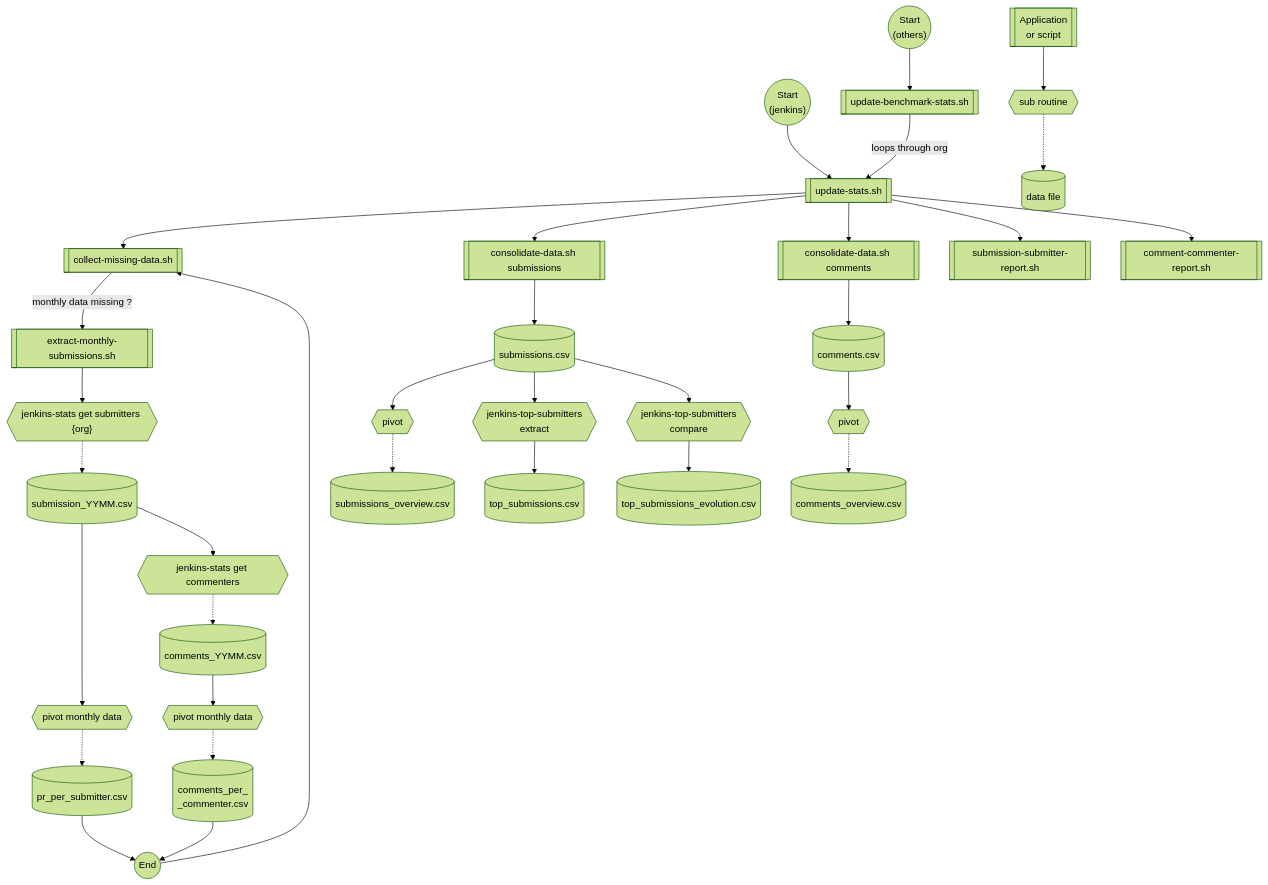
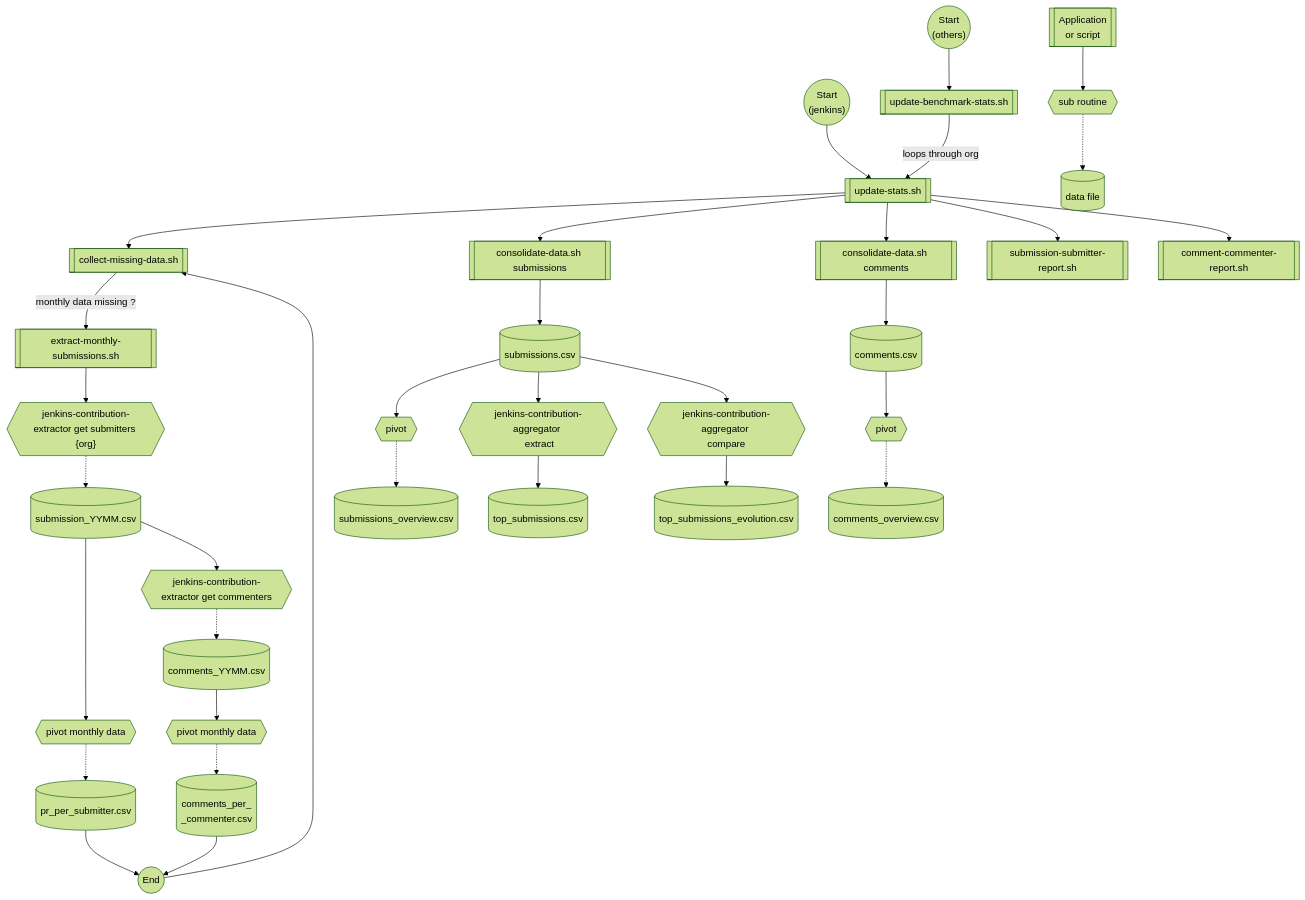
The diagram in README.md (jenkins-infra/jenkins-contribution-stats), drawn with Mermaid (forest theme) before and after one commit. The commit also changed other lines of this file and 11 other files, not shown here.

````diff
--- a/README.md
+++ b/README.md
@@ -66,67 +66,67 @@
 ```mermaid
 flowchart TD
 	start1(("`Start
 	(others)
 	 `"))
 
     start2(("`Start
     (jenkins)
      `"))
 
     extract_end((End))
 
     %% Processes
 
 	A[[update-benchmark-stats.sh]]
 	B[[update-stats.sh]]
     C[[collect-missing-data.sh]]
     D[[consolidate-data.sh submissions]]
     E[[consolidate-data.sh comments]]
     F[[submission-submitter-report.sh]]
     G[[comment-commenter-report.sh]]
     extracData[[extract-monthly-submissions.sh]]
-    get_submitters{{"jenkins-stats get submitters {org}"}}
-    get_commenters{{"jenkins-stats get commenters"}}
-    top_extract{{jenkins-top-submitters </br> extract}}
-    top_compare{{jenkins-top-submitters </br>compare}}
+    get_submitters{{"jenkins-contribution-extractor get submitters {org}"}}
+    get_commenters{{"jenkins-contribution-extractor get commenters"}}
+    top_extract{{jenkins-contribution-aggregator </br> extract}}
+    top_compare{{jenkins-contribution-aggregator </br>compare}}
 
     %% data files
     submission_month[(submission_YYMM.csv)]
     monththlyPivot_submit[(pr_per_submitter.csv)]
     comments_month[(comments_YYMM.csv)]
     monththlyPivot_comment[(comments_per_</br>_commenter.csv)]
     global_submissions[(submissions.csv)]
     global_submissionsOverview[(submissions_overview.csv)]
     top_submission[(top_submissions.csv)]
     top_submission_evol[(top_submissions_evolution.csv)]
 
     global_comments[(comments.csv)]
     global_commentsOverview[(comments_overview.csv)]
 
     %% legend
     legend_app[[Application </br>or script]]
     legend_sub{{sub routine}}
     legend_data[(data file)]
     legend_app --> legend_sub -.-> legend_data
 
     %% pivot processes
     monthlypivot_subm{{pivot monthly data}}
     monthlypivot_comment{{pivot monthly data}}
     subm_overview_pivot{{pivot}}
     comment_overview_pivot{{pivot}}
 
     
     %% flow
 	start1 --> A -- loops through org --> B
 	start2 --> B
     B --> C -- monthly data missing ? --> extracData  --> get_submitters
     get_submitters -.-> submission_month --> monthlypivot_subm -.-> monththlyPivot_submit --> extract_end --> C
     submission_month --> get_commenters -.-> comments_month --> monthlypivot_comment -.-> monththlyPivot_comment --> extract_end
     B --> D --> global_submissions
     global_submissions --> subm_overview_pivot -.-> global_submissionsOverview
     global_submissions --> top_extract --> top_submission
     global_submissions --> top_compare --> top_submission_evol
     B --> E --> global_comments --> comment_overview_pivot -.-> global_commentsOverview
     B --> F 
     B --> G
 ```
````
